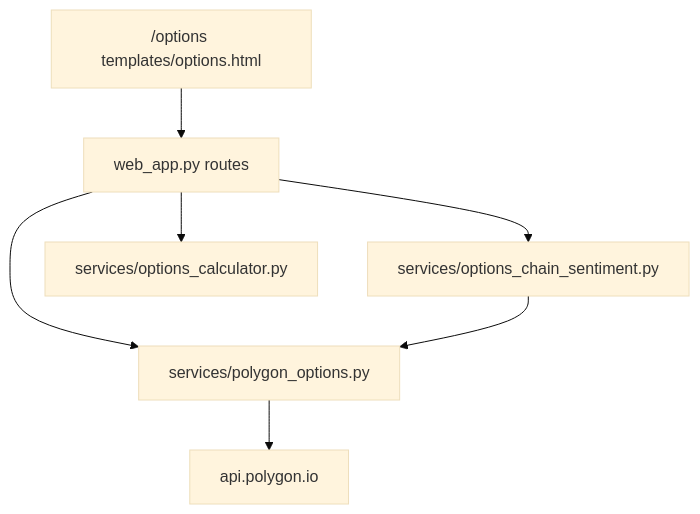
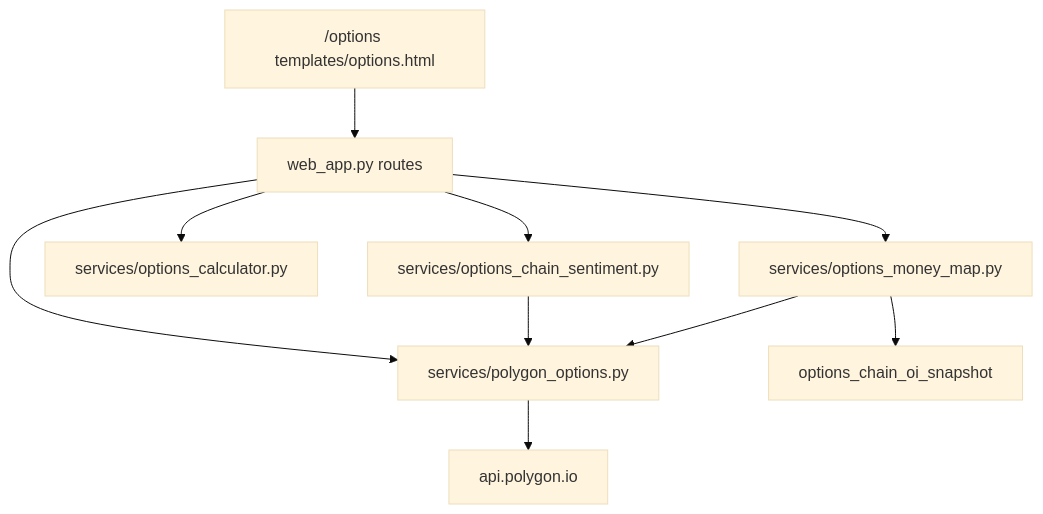
The diagram in docs/OPTIONS_TOOLS.md (kobyzev-yuri/lse), drawn with Mermaid (base theme) before and after one commit. The commit also changed other lines of this file and 2 other files, not shown here.

First line of the commit message:
Document options tools and Money Map with live MU trading examples.

````diff
--- a/docs/OPTIONS_TOOLS.md
+++ b/docs/OPTIONS_TOOLS.md
@@ -92,16 +94,21 @@
 ```mermaid
 flowchart TB
     UI["/options templates/options.html"]
     API["web_app.py routes"]
     POLY["services/polygon_options.py"]
     SENT["services/options_chain_sentiment.py"]
     CALC["services/options_calculator.py"]
+    MAP["services/options_money_map.py"]
     PG["api.polygon.io"]
+    DB["options_chain_oi_snapshot"]
 
     UI --> API
     API --> POLY
     API --> SENT
     API --> CALC
+    API --> MAP
     POLY --> PG
     SENT --> POLY
+    MAP --> POLY
+    MAP --> DB
 ```
````
